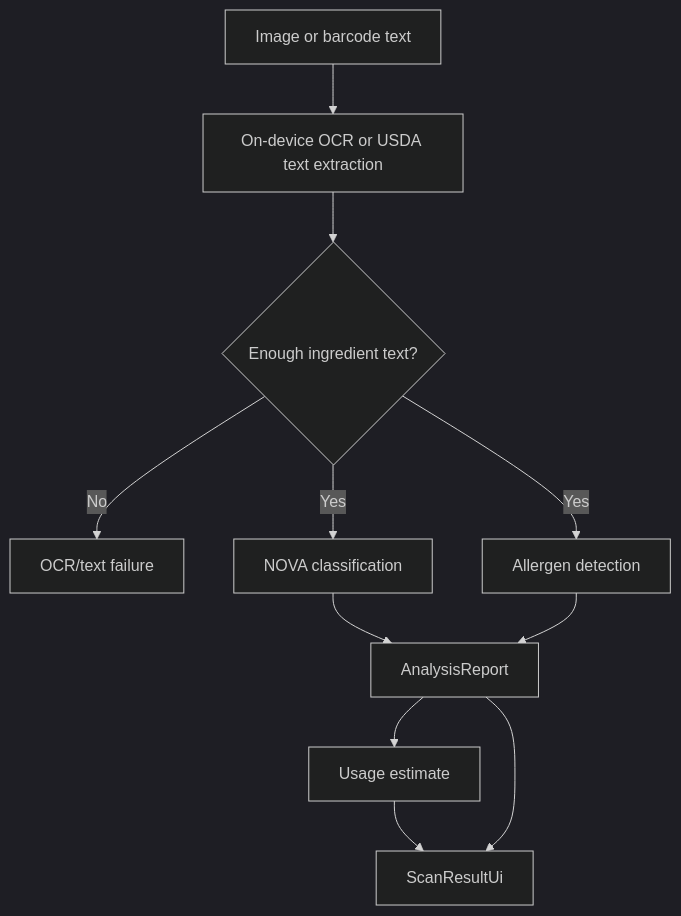
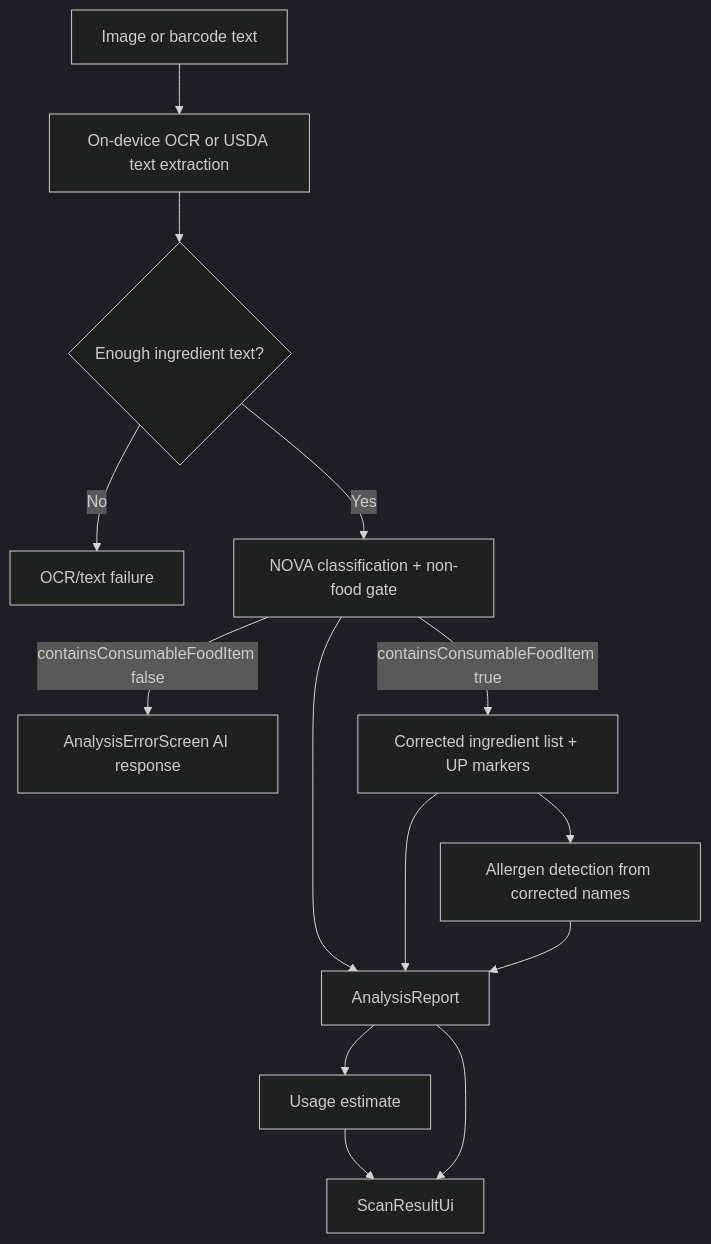
One commit to benevolentbandwidth/ultraprocessed changed the first of 3 diagrams in documentation/04-classification-analysis.md. Above: the diagram before and after it, drawn with Mermaid (dark theme). The commit also changed other lines of this file and 19 other files, not shown here.

````diff
--- a/documentation/04-classification-analysis.md
+++ b/documentation/04-classification-analysis.md
@@ -24,13 +24,16 @@
 ```mermaid
 flowchart TB
     Input[Image or barcode text] --> Extract[On-device OCR or USDA text extraction]
     Extract --> Gate{Enough ingredient text?}
     Gate -->|No| Invalid[OCR/text failure]
-    Gate -->|Yes| Classify[NOVA classification]
-    Gate -->|Yes| Allergen[Allergen detection]
-    Classify --> Result[AnalysisReport]
+    Gate -->|Yes| Nova[NOVA classification + non-food gate]
+    Nova -->|containsConsumableFoodItem false| Error[AnalysisErrorScreen AI response]
+    Nova -->|containsConsumableFoodItem true| Ingredients[Corrected ingredient list + UP markers]
+    Ingredients --> Allergen[Allergen detection from corrected names]
+    Nova --> Result[AnalysisReport]
+    Ingredients --> Result
     Allergen --> Result
     Result --> Usage[Usage estimate]
     Usage --> Ui
     Result --> Ui[ScanResultUi]
 ```
````
